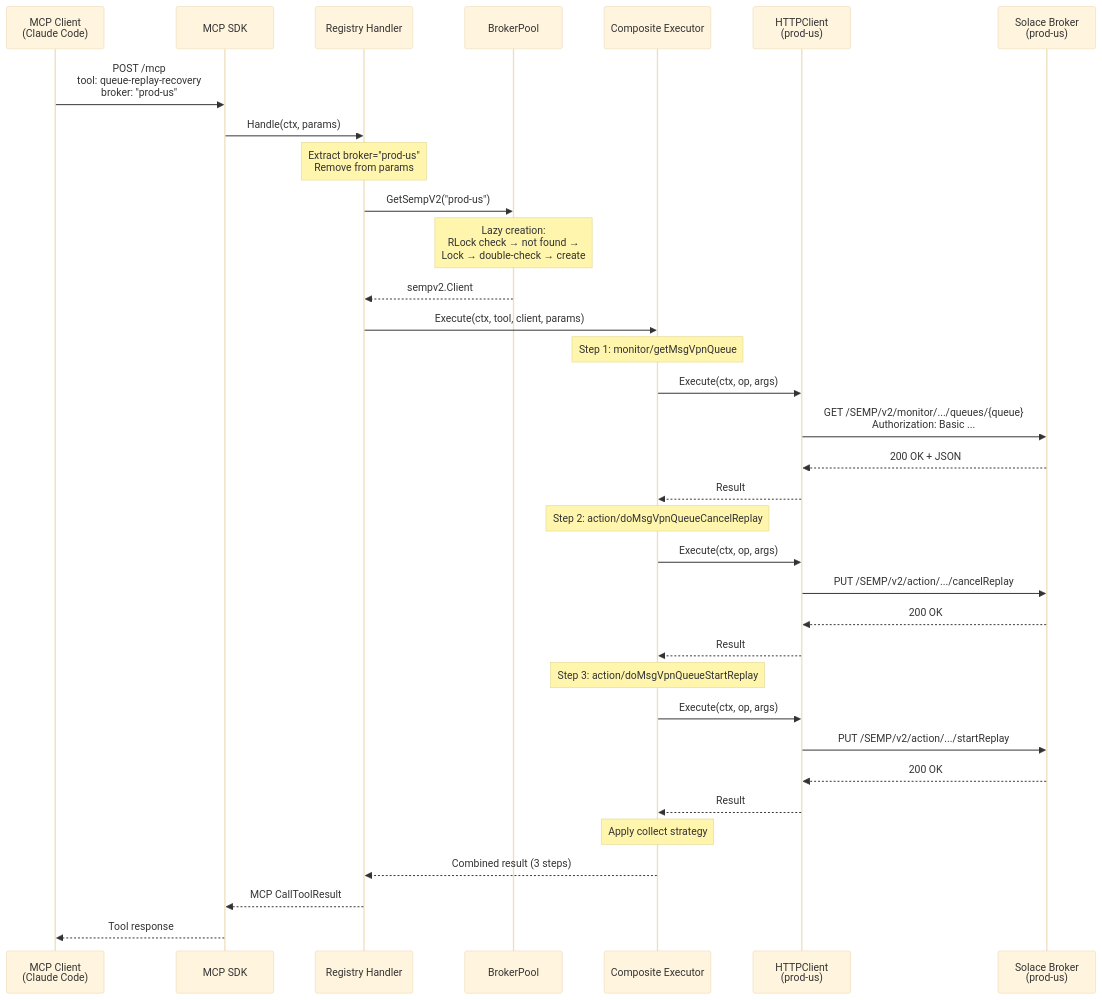
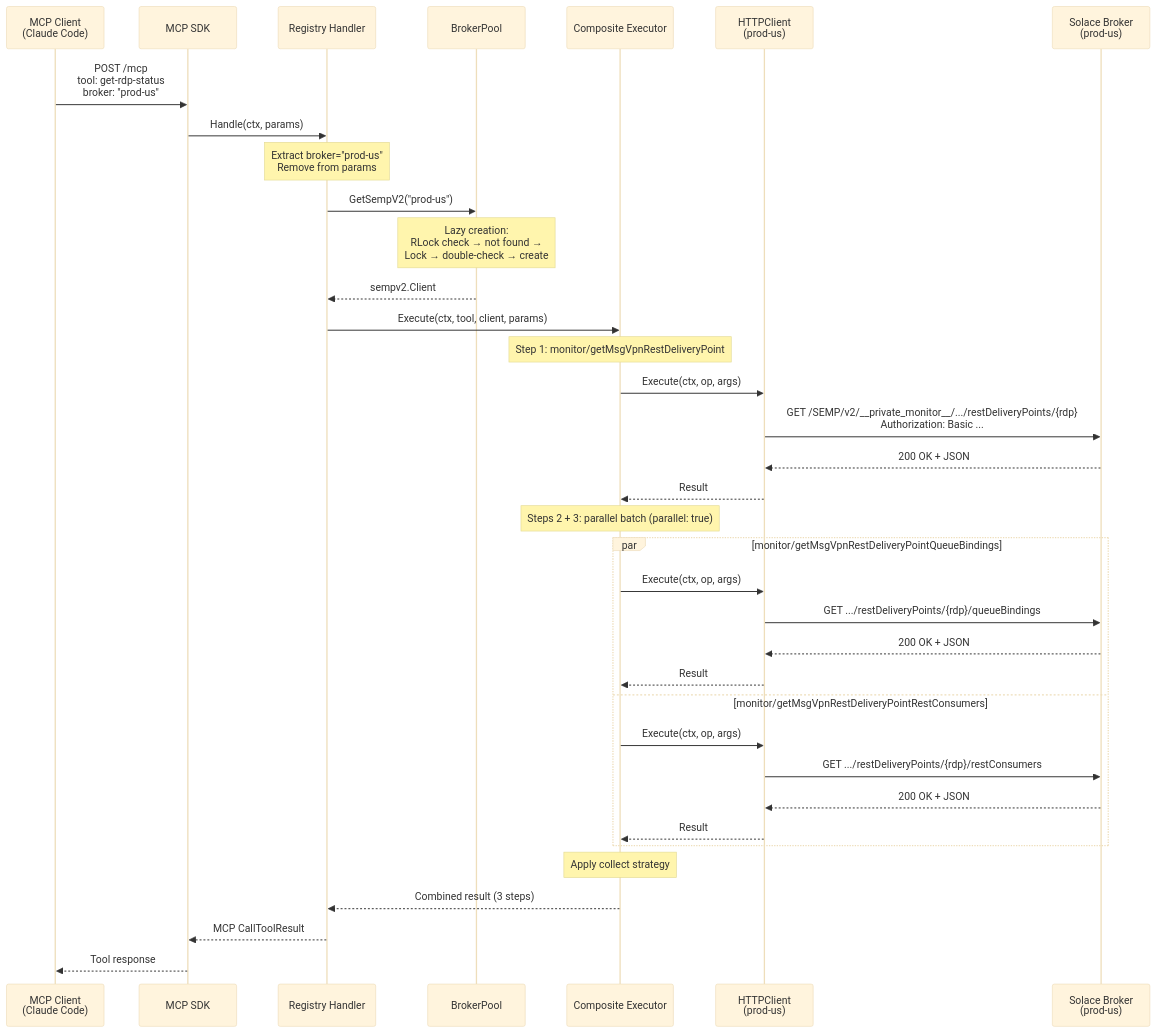
The second of 4 diagrams in docs/internal/architecture.md (SolaceProducts/solace-broker-mcp), drawn with Mermaid (base theme) before and after one commit. The commit also changed other lines of this file, not shown here.

Commit message:
Address review: only the private monitor spec is embedded
Config and action specs were removed in SOL-148431; the doc still claimed
all three in the package map and SPECS node. The same drift extended to the
request-flow diagram, which walked a queue-replay-recovery tool that does
not exist in tools.yaml using action/ operations validSpecTypes cannot
resolve — replaced with the real get-rdp-status tool, which also shows the
parallel step batching. Design decisions now record the spec removal and
the wire paths use the actual __private_monitor__ basePath.

````diff
--- a/docs/internal/architecture.md
+++ b/docs/internal/architecture.md
@@ -102,43 +102,44 @@
 ```mermaid
 sequenceDiagram
     participant User as MCP Client<br/>(Claude Code)
     participant SDK as MCP SDK
     participant Reg as Registry Handler
     participant Pool as BrokerPool
     participant Exec as Composite Executor
     participant HC as HTTPClient<br/>(prod-us)
     participant Broker as Solace Broker<br/>(prod-us)
 
-    User->>SDK: POST /mcp<br/>tool: queue-replay-recovery<br/>broker: "prod-us"
+    User->>SDK: POST /mcp<br/>tool: get-rdp-status<br/>broker: "prod-us"
     SDK->>Reg: Handle(ctx, params)
 
     Note over Reg: Extract broker="prod-us"<br/>Remove from params
     Reg->>Pool: GetSempV2("prod-us")
     Note over Pool: Lazy creation:<br/>RLock check → not found →<br/>Lock → double-check → create
     Pool-->>Reg: sempv2.Client
 
     Reg->>Exec: Execute(ctx, tool, client, params)
 
-    Note over Exec: Step 1: monitor/getMsgVpnQueue
+    Note over Exec: Step 1: monitor/getMsgVpnRestDeliveryPoint
     Exec->>HC: Execute(ctx, op, args)
-    HC->>Broker: GET /SEMP/v2/monitor/.../queues/{queue}<br/>Authorization: Basic ...
+    HC->>Broker: GET /SEMP/v2/__private_monitor__/.../restDeliveryPoints/{rdp}<br/>Authorization: Basic ...
     Broker-->>HC: 200 OK + JSON
     HC-->>Exec: Result
 
-    Note over Exec: Step 2: action/doMsgVpnQueueCancelReplay
-    Exec->>HC: Execute(ctx, op, args)
-    HC->>Broker: PUT /SEMP/v2/action/.../cancelReplay
-    Broker-->>HC: 200 OK
-    HC-->>Exec: Result
-
-    Note over Exec: Step 3: action/doMsgVpnQueueStartReplay
-    Exec->>HC: Execute(ctx, op, args)
-    HC->>Broker: PUT /SEMP/v2/action/.../startReplay
-    Broker-->>HC: 200 OK
-    HC-->>Exec: Result
+    Note over Exec: Steps 2 + 3: parallel batch (parallel: true)
+    par monitor/getMsgVpnRestDeliveryPointQueueBindings
+        Exec->>HC: Execute(ctx, op, args)
+        HC->>Broker: GET .../restDeliveryPoints/{rdp}/queueBindings
+        Broker-->>HC: 200 OK + JSON
+        HC-->>Exec: Result
+    and monitor/getMsgVpnRestDeliveryPointRestConsumers
+        Exec->>HC: Execute(ctx, op, args)
+        HC->>Broker: GET .../restDeliveryPoints/{rdp}/restConsumers
+        Broker-->>HC: 200 OK + JSON
+        HC-->>Exec: Result
+    end
 
     Note over Exec: Apply collect strategy
     Exec-->>Reg: Combined result (3 steps)
     Reg-->>SDK: MCP CallToolResult
     SDK-->>User: Tool response
 ```
````
